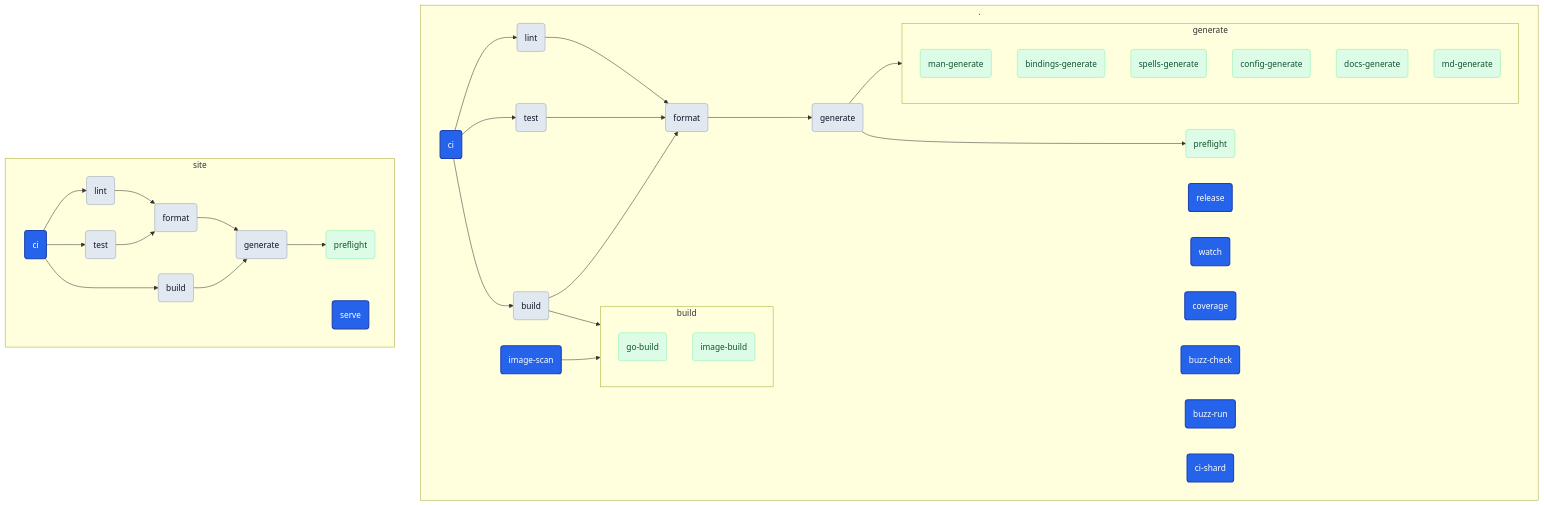
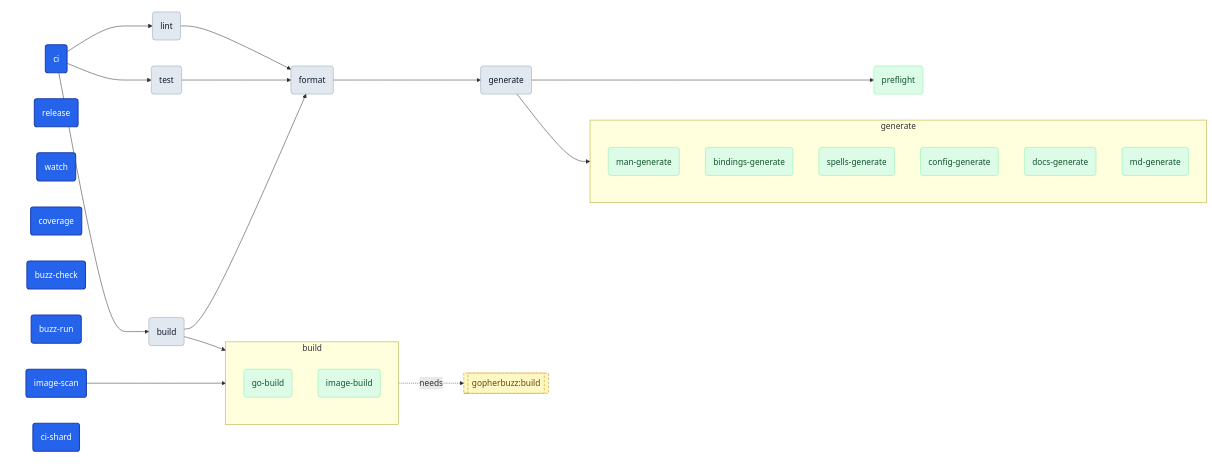
The second of 6 diagrams in MAGUS.md (egladman/magus), drawn with Mermaid before and after one commit. The commit also changed other lines of this file and 43 other files, not shown here.

Commit message:
target-level cross-project deps; needs is handles-only; pull the target graph from the buzz ast, not regex

````diff
--- a/MAGUS.md
+++ b/MAGUS.md
@@ -498,66 +60,59 @@
 ```mermaid
-graph TD
-    subgraph p0["."]
-        subgraph p0_stage_build["build"]
-            p0_go_build("go-build")
-            p0_image_build("image-build")
-        end
-        subgraph p0_stage_generate["generate"]
-            p0_man_generate("man-generate")
-            p0_bindings_generate("bindings-generate")
-            p0_spells_generate("spells-generate")
-            p0_config_generate("config-generate")
-            p0_docs_generate("docs-generate")
-            p0_md_generate("md-generate")
-        end
-        p0_image_scan("image-scan")
-        p0_generate("generate")
-        p0_release("release")
-        p0_watch("watch")
-        p0_coverage("coverage")
-        p0_buzz_check("buzz-check")
-        p0_buzz_run("buzz-run")
-        p0_preflight("preflight")
-        p0_build("build")
-        p0_test("test")
-        p0_lint("lint")
-        p0_format("format")
-        p0_ci("ci")
-        p0_ci_shard("ci-shard")
-        p0_image_scan --> p0_stage_build
-        p0_generate --> p0_preflight
-        p0_generate --> p0_stage_generate
-        p0_build --> p0_format
-        p0_build --> p0_stage_build
-        p0_test --> p0_format
-        p0_lint --> p0_format
-        p0_format --> p0_generate
-        p0_ci --> p0_lint
-        p0_ci --> p0_build
-        p0_ci --> p0_test
-    end
-    subgraph p1["site"]
-        p1_preflight("preflight")
-        p1_generate("generate")
-        p1_format("format")
-        p1_lint("lint")
-        p1_build("build")
-        p1_test("test")
-        p1_ci("ci")
-        p1_serve("serve")
-        p1_generate --> p1_preflight
-        p1_format --> p1_generate
-        p1_lint --> p1_format
-        p1_build --> p1_generate
-        p1_test --> p1_format
-        p1_ci --> p1_lint
-        p1_ci --> p1_build
-        p1_ci --> p1_test
-    end
-    classDef anchor fill:#2563eb,color:#ffffff,stroke:#1e40af,stroke-width:2px
-    classDef mid fill:#e2e8f0,color:#0f172a,stroke:#94a3b8
-    classDef leaf fill:#dcfce7,color:#14532d,stroke:#86efac
-    class p0_buzz_check,p0_buzz_run,p0_ci,p0_ci_shard,p0_coverage,p0_image_scan,p0_release,p0_watch,p1_ci,p1_serve anchor
-    class p0_build,p0_format,p0_generate,p0_lint,p0_test,p1_build,p1_format,p1_generate,p1_lint,p1_test mid
-    class p0_bindings_generate,p0_config_generate,p0_docs_generate,p0_go_build,p0_image_build,p0_man_generate,p0_md_generate,p0_preflight,p0_spells_generate,p1_preflight leaf
+---
+config:
+  flowchart:
+    nodeSpacing: 50
+    rankSpacing: 80
+---
+graph LR
+  subgraph stage_build["build"]
+    go_build("go-build")
+    image_build("image-build")
+  end
+  subgraph stage_generate["generate"]
+    man_generate("man-generate")
+    bindings_generate("bindings-generate")
+    spells_generate("spells-generate")
+    config_generate("config-generate")
+    docs_generate("docs-generate")
+    md_generate("md-generate")
+  end
+  subgraph entry_cluster[" "]
+    image_scan("image-scan")
+    release("release")
+    watch("watch")
+    coverage("coverage")
+    buzz_check("buzz-check")
+    buzz_run("buzz-run")
+    ci("ci")
+    ci_shard("ci-shard")
+  end
+  generate("generate")
+  preflight("preflight")
+  build("build")
+  test("test")
+  lint("lint")
+  format("format")
+  xt_gopherbuzz_build[["gopherbuzz:build"]]
+  image_scan --> stage_build
+  generate --> preflight
+  generate --> stage_generate
+  build --> format
+  build --> stage_build
+  test --> format
+  lint --> format
+  format --> generate
+  ci --> lint
+  ci --> build
+  ci --> test
+  stage_build -.->|"needs"| xt_gopherbuzz_build
+  classDef anchor fill:#2563eb,color:#ffffff,stroke:#1e40af,stroke-width:2px
+  classDef mid fill:#e2e8f0,color:#0f172a,stroke:#94a3b8
+  classDef leaf fill:#dcfce7,color:#14532d,stroke:#86efac
+  classDef external fill:#fef9c3,color:#713f12,stroke:#ca8a04,stroke-dasharray:5 3
+  class buzz_check,buzz_run,ci,ci_shard,coverage,image_scan,release,watch anchor
+  class build,format,generate,lint,test mid
+  class bindings_generate,config_generate,docs_generate,go_build,image_build,man_generate,md_generate,preflight,spells_generate leaf
+  class xt_gopherbuzz_build external
+  style entry_cluster fill:transparent,stroke:transparent
 ```
````
